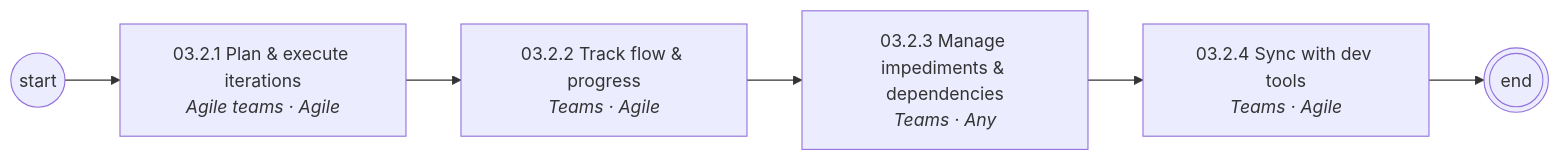
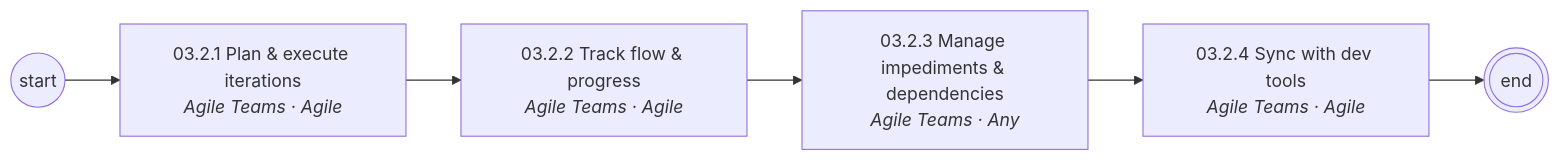
The third of 5 diagrams in diagrams/mermaid/area-03.md (corbyjames/apptio-process-catalog), drawn with Mermaid before and after one commit. The commit also changed other lines of this file and 251 other files, not shown here.

````diff
--- a/diagrams/mermaid/area-03.md
+++ b/diagrams/mermaid/area-03.md
@@ -43,13 +43,13 @@
 ```mermaid
 flowchart LR
   S((start))
-  N03_2_1["03.2.1 Plan & execute iterations<br/><i>Agile teams · Agile</i>"]
+  N03_2_1["03.2.1 Plan & execute iterations<br/><i>Agile Teams · Agile</i>"]
   S --> N03_2_1
-  N03_2_2["03.2.2 Track flow & progress<br/><i>Teams · Agile</i>"]
+  N03_2_2["03.2.2 Track flow & progress<br/><i>Agile Teams · Agile</i>"]
   N03_2_1 --> N03_2_2
-  N03_2_3["03.2.3 Manage impediments & dependencies<br/><i>Teams · Any</i>"]
+  N03_2_3["03.2.3 Manage impediments & dependencies<br/><i>Agile Teams · Any</i>"]
   N03_2_2 --> N03_2_3
-  N03_2_4["03.2.4 Sync with dev tools<br/><i>Teams · Agile</i>"]
+  N03_2_4["03.2.4 Sync with dev tools<br/><i>Agile Teams · Agile</i>"]
   N03_2_3 --> N03_2_4
   N03_2_4 --> E(((end)))
 ```
````
